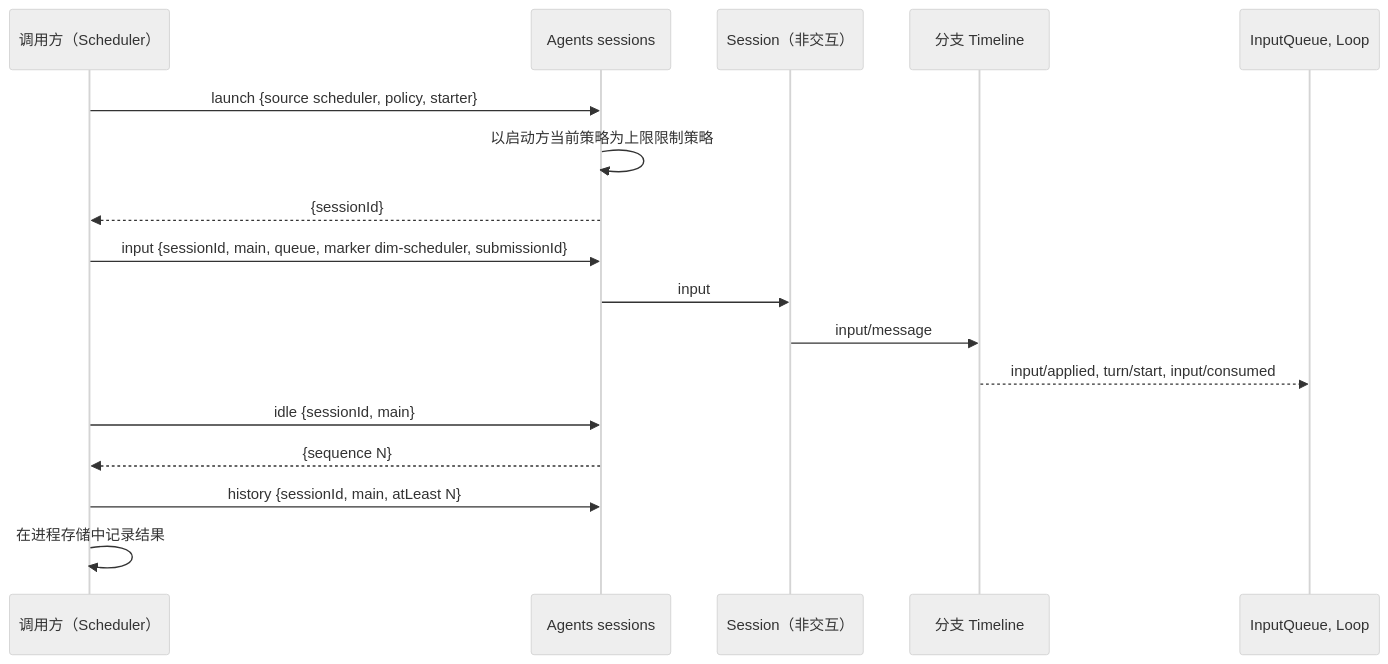
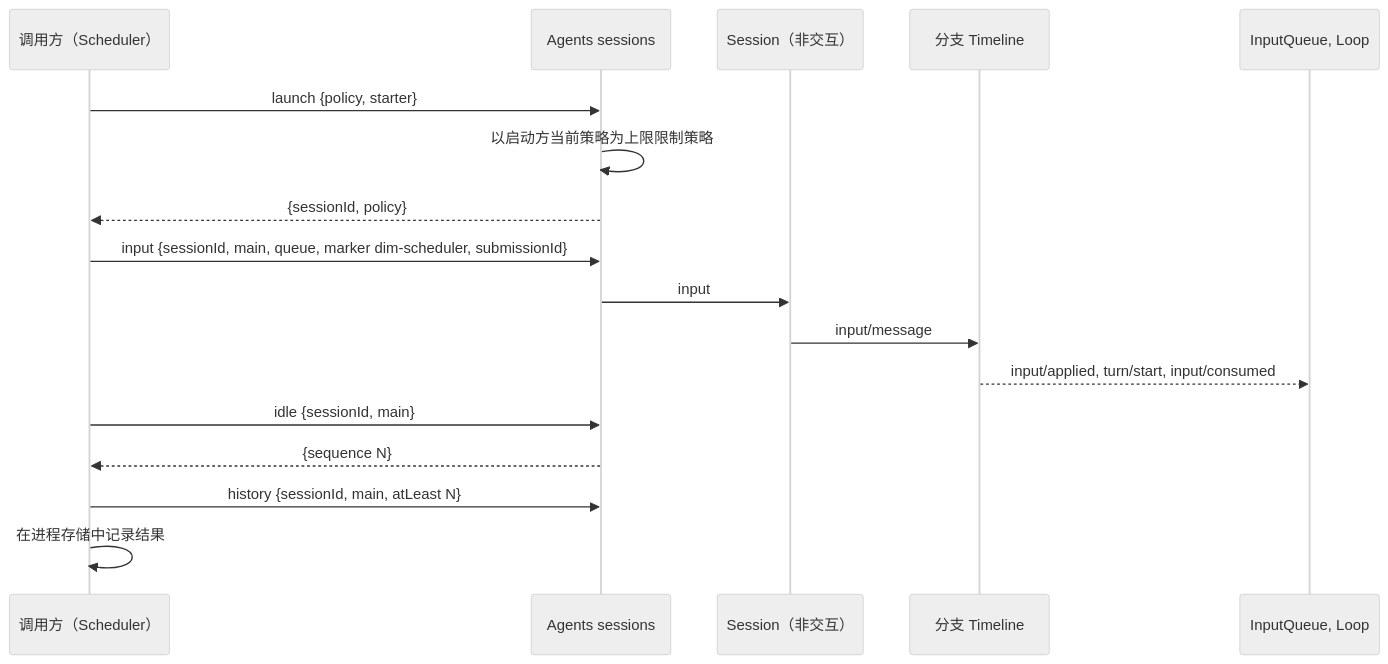
One commit to CoutinhoTTS/dim-agent changed the second of 3 diagrams in docs/zh/design/contracts/session-access.md. Above: the diagram before and after it, drawn with Mermaid (neutral theme). The commit also changed other lines of this file and 6 other files, not shown here.

````diff
--- a/docs/zh/design/contracts/session-access.md
+++ b/docs/zh/design/contracts/session-access.md
@@ -75,19 +75,19 @@
 ```mermaid
 sequenceDiagram
   participant C as 调用方（Scheduler）
   participant AI as Agents sessions
   participant S as Session（非交互）
   participant TL as 分支 Timeline
   participant L as InputQueue, Loop
-  C->>AI: launch {source scheduler, policy, starter}
+  C->>AI: launch {policy, starter}
   AI->>AI: 以启动方当前策略为上限限制策略
-  AI-->>C: {sessionId}
+  AI-->>C: {sessionId, policy}
   C->>AI: input {sessionId, main, queue, marker dim-scheduler, submissionId}
   AI->>S: input
   S->>TL: input/message
   TL-->>L: input/applied, turn/start, input/consumed
   C->>AI: idle {sessionId, main}
   AI-->>C: {sequence N}
   C->>AI: history {sessionId, main, atLeast N}
   C->>C: 在进程存储中记录结果
 ```
````
